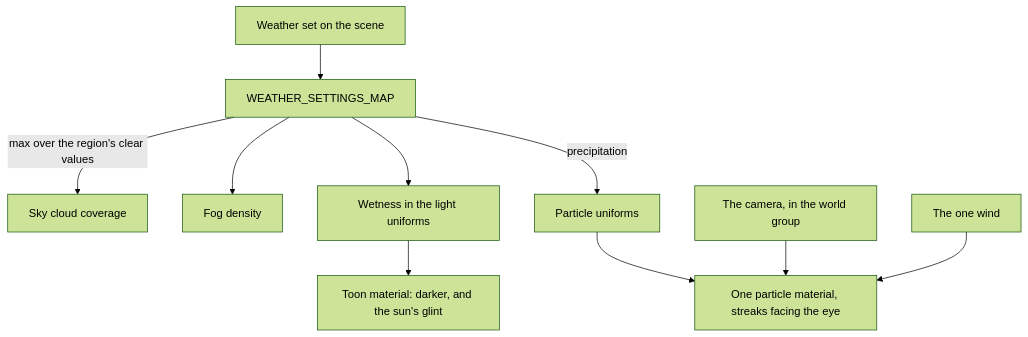
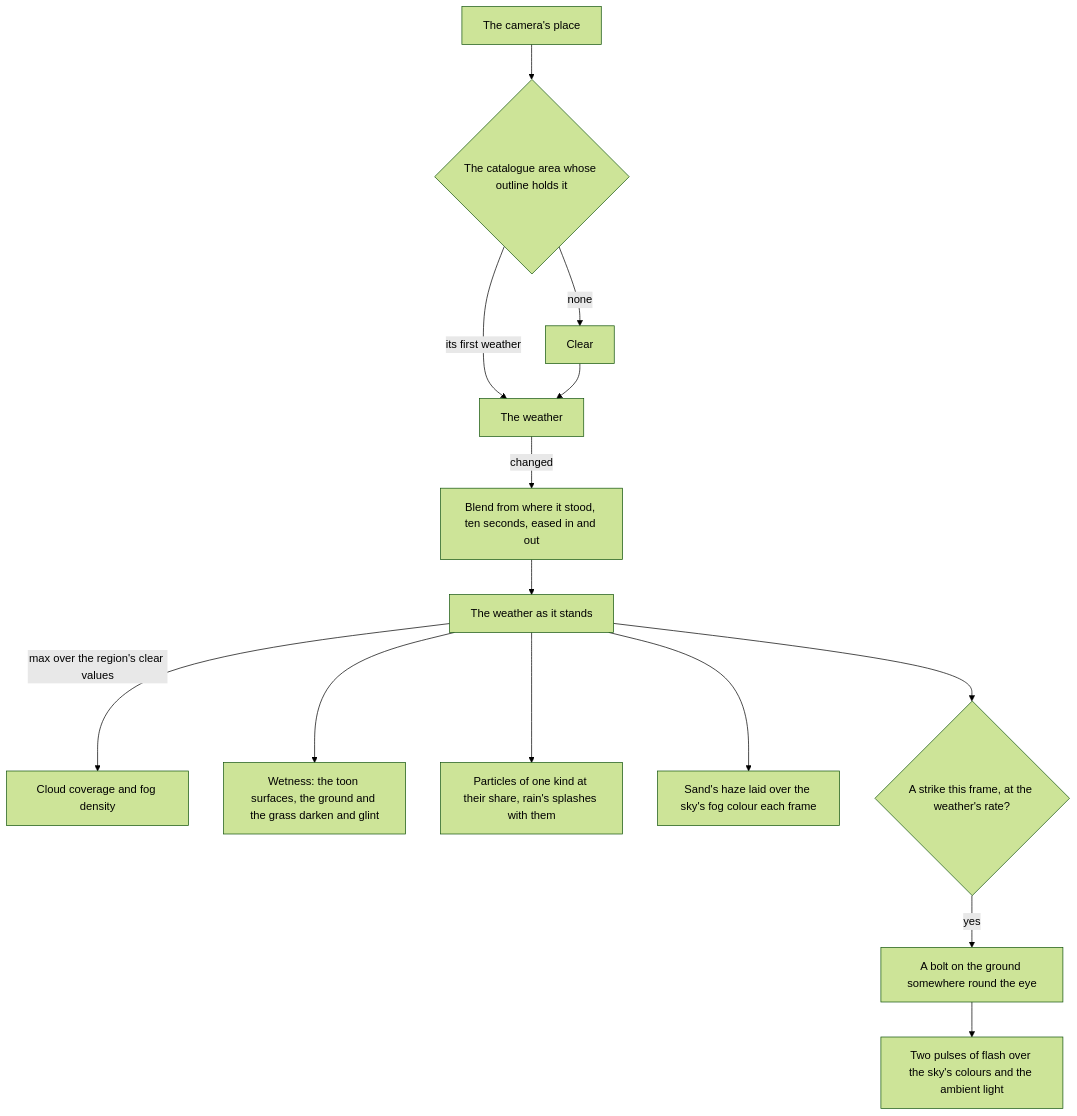
The diagram in apps/web/content/docs/genshin/weather.md (Esposter/Esposter), drawn with Mermaid (forest theme) before and after one commit. The commit also changed other lines of this file and 41 other files, not shown here.

Commit message:
feat(genshin): the area the camera stands in names the weather, a change blends over ten seconds, rain splashes, a thunderstorm flashes and strikes, sand tints the haze and wet grass and ground darken and glint

````diff
--- a/apps/web/content/docs/genshin/weather.md
+++ b/apps/web/content/docs/genshin/weather.md
@@ -12,12 +12,16 @@
 ```mermaid
 flowchart TD
-  W[Weather set on the scene] --> S[WEATHER_SETTINGS_MAP]
-  S -->|max over the region's clear values| SKY[Sky cloud coverage]
-  S --> FOG[Fog density]
-  S --> WET[Wetness in the light uniforms]
-  S -->|precipitation| PU[Particle uniforms]
-  PU --> M[One particle material, streaks facing the eye]
-  WET --> TOON[Toon material: darker, and the sun's glint]
-  EYE[The camera, in the world group] --> M
-  WIND[The one wind] --> M
+  CAM[The camera's place] --> AREA{The catalogue area whose outline holds it}
+  AREA -->|its first weather| W[The weather]
+  AREA -->|none| CLEAR[Clear]
+  CLEAR --> W
+  W -->|changed| BLEND["Blend from where it stood, ten seconds, eased in and out"]
+  BLEND --> STATE[The weather as it stands]
+  STATE -->|max over the region's clear values| SKY[Cloud coverage and fog density]
+  STATE --> WET[Wetness: the toon surfaces, the ground and the grass darken and glint]
+  STATE --> PU["Particles of one kind at their share, rain's splashes with them"]
+  STATE --> TINT["Sand's haze laid over the sky's fog colour each frame"]
+  STATE --> RATE{A strike this frame, at the weather's rate?}
+  RATE -->|yes| BOLT[A bolt on the ground somewhere round the eye]
+  BOLT --> FLASH["Two pulses of flash over the sky's colours and the ambient light"]
 ```
````
